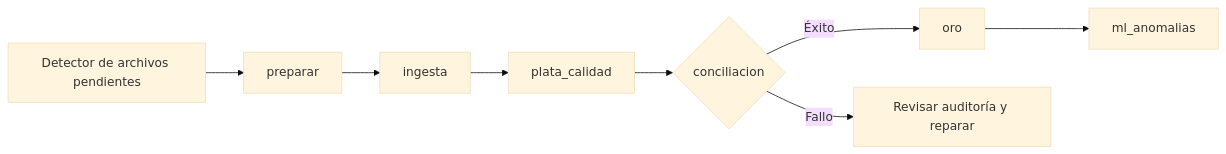
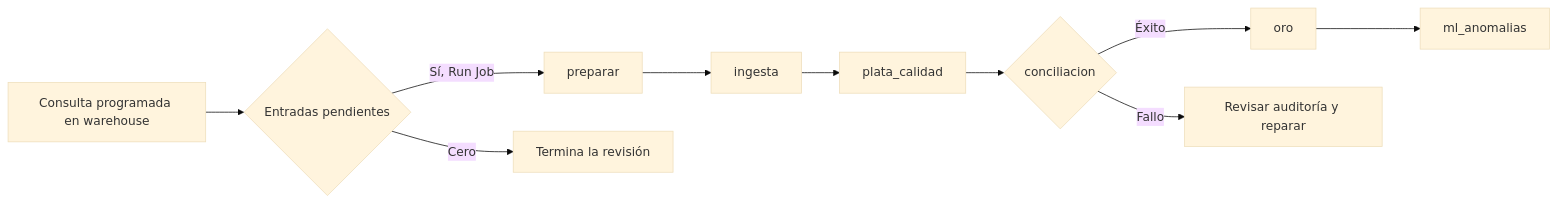
The diagram in docs/architecture/fase4-dag-orquestacion.md (danteboe/MINE4213-Proyecto), drawn with Mermaid (base theme) before and after one commit. The commit also changed other lines of this file and 21 other files, not shown here.

````diff
--- a/docs/architecture/fase4-dag-orquestacion.md
+++ b/docs/architecture/fase4-dag-orquestacion.md
@@ -3,10 +3,12 @@
 ```mermaid
 flowchart LR
-    V[Detector de archivos pendientes] --> A
+    V[Consulta programada en warehouse] --> U{Entradas pendientes}
+    U -->|Sí, Run Job| A
+    U -->|Cero| N[Termina la revisión]
     A[preparar] --> B[ingesta]
     B --> C[plata_calidad]
     C --> D{conciliacion}
     D -->|Éxito| E[oro]
     E --> F[ml_anomalias]
     D -->|Fallo| X[Revisar auditoría y reparar]
 ```
````
